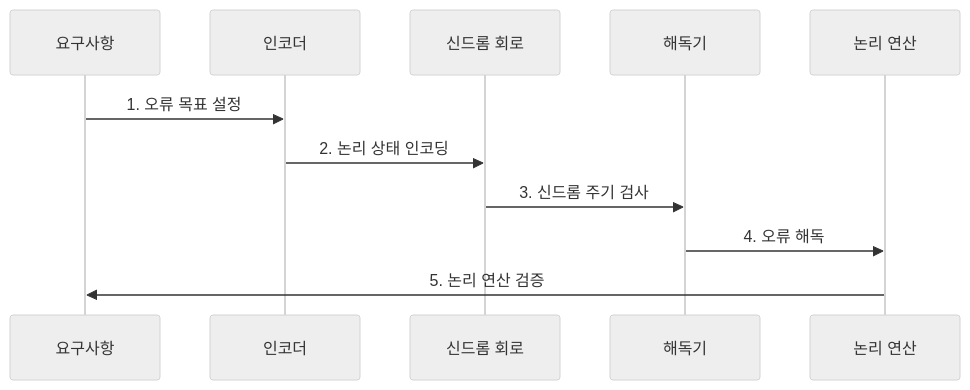
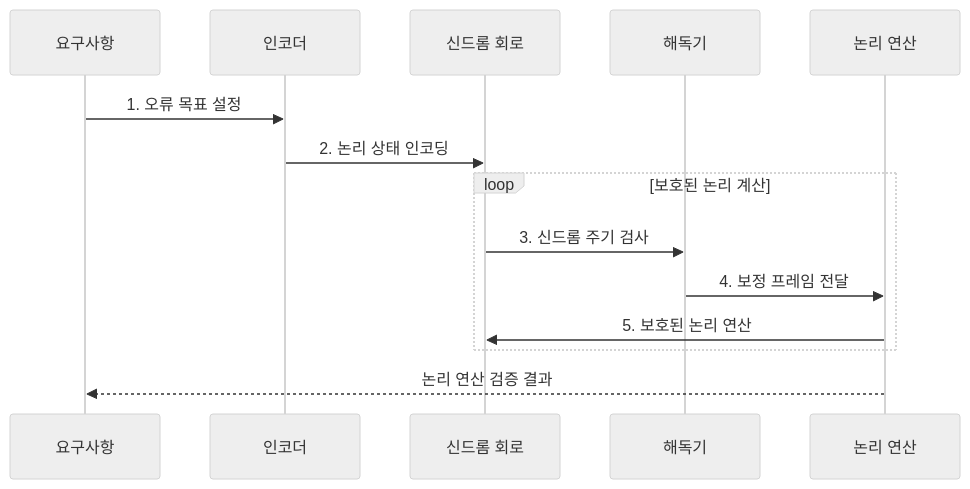
One commit to agnusdei1207/knowledge-base changed the second of 2 diagrams in src/content/docs/notes/08-latest-tech/215_logical_qubit.md. Above: the diagram before and after it, drawn with Mermaid (neutral theme). The commit also changed other lines of this file and 15 other files, not shown here.

````diff
--- a/src/content/docs/notes/08-latest-tech/215_logical_qubit.md
+++ b/src/content/docs/notes/08-latest-tech/215_logical_qubit.md
@@ -99,13 +99,16 @@
 ```mermaid
 sequenceDiagram
   participant R as 요구사항
   participant I as 인코더
   participant S as 신드롬 회로
   participant D as 해독기
   participant L as 논리 연산
   R->>I: 1. 오류 목표 설정
   I->>S: 2. 논리 상태 인코딩
-  S->>D: 3. 신드롬 주기 검사
-  D->>L: 4. 오류 해독
-  L->>R: 5. 논리 연산 검증
+  loop 보호된 논리 계산
+    S->>D: 3. 신드롬 주기 검사
+    D->>L: 4. 보정 프레임 전달
+    L->>S: 5. 보호된 논리 연산
+  end
+  L-->>R: 논리 연산 검증 결과
 ```
````
